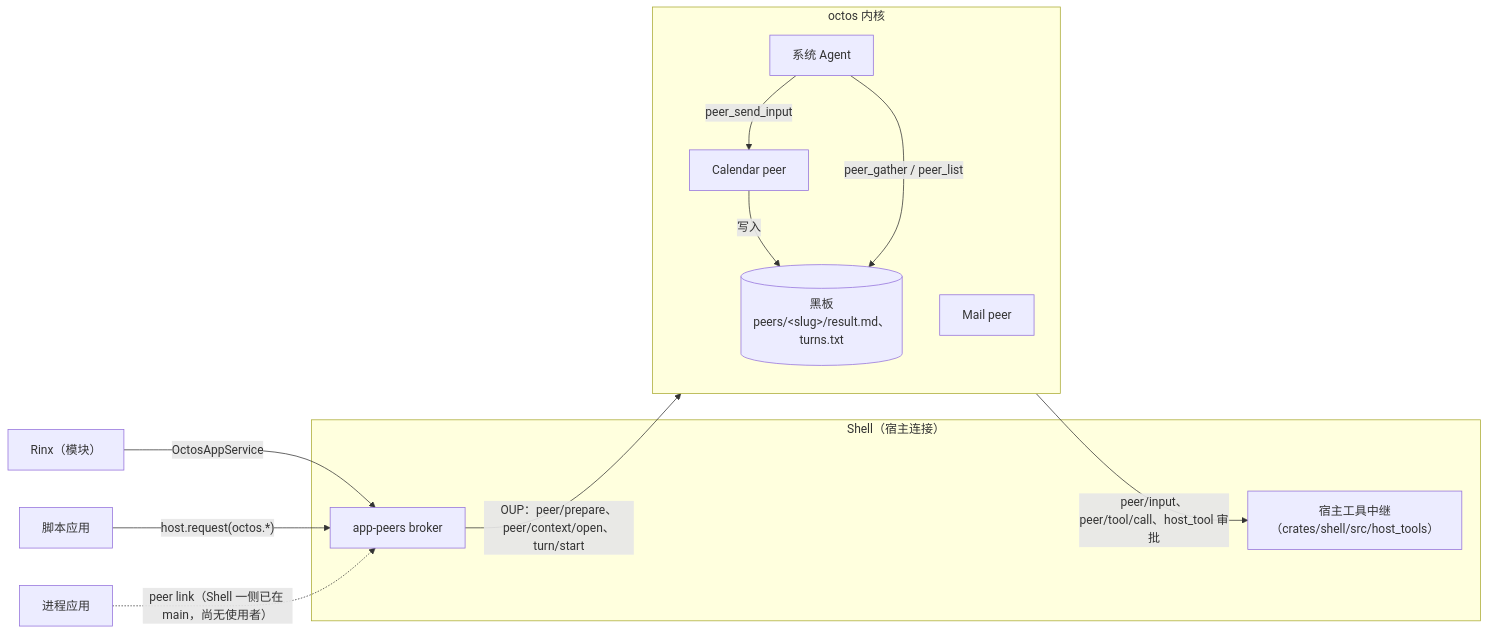
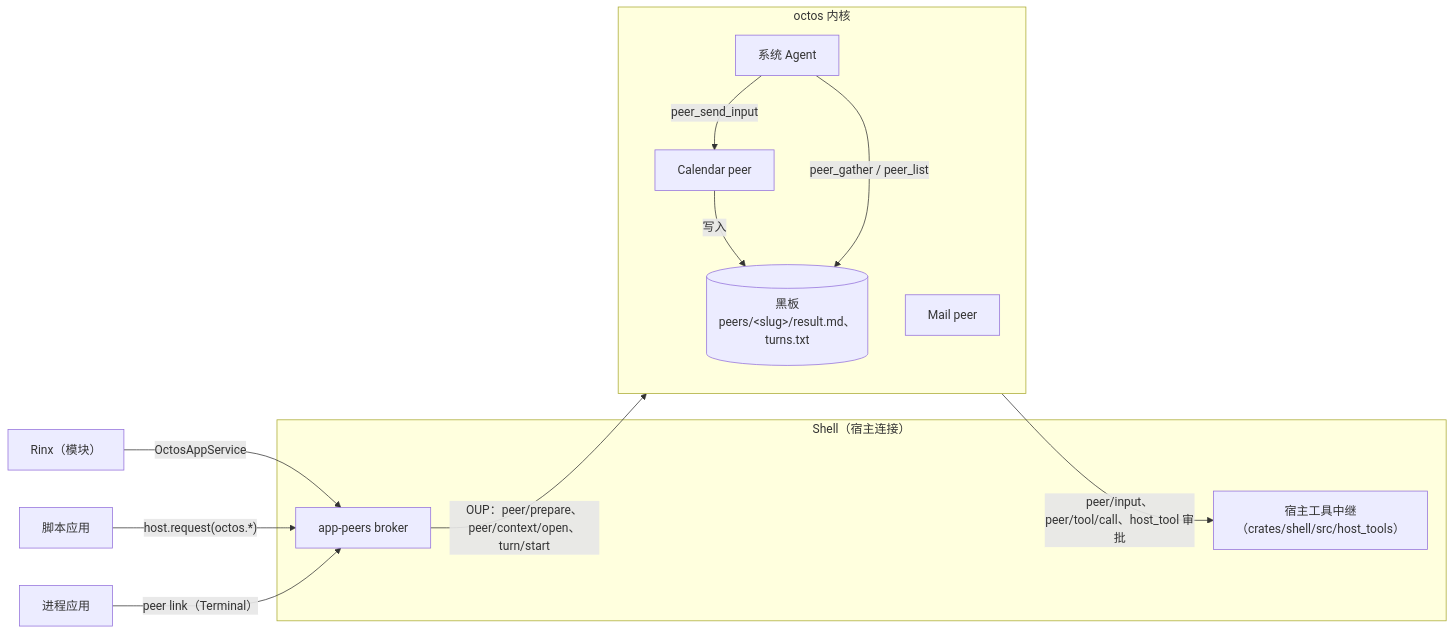
Before and after one commit to OctoSense-org/OctoSense: the third of 5 diagrams in docs/architecture.zh-CN.md, drawn with Mermaid. The commit also changed other lines of this file and 6 other files, not shown here.

````diff
--- a/docs/architecture.zh-CN.md
+++ b/docs/architecture.zh-CN.md
@@ -200,21 +201,21 @@
 ```mermaid
 flowchart LR
   subgraph shell["Shell（宿主连接）"]
     broker["app-peers broker"]
     relay["宿主工具中继<br/>（crates/shell/src/host_tools）"]
   end
   subgraph kernel["octos 内核"]
     sys["系统 Agent"]
     p1["Calendar peer"]
     p2["Mail peer"]
     bb[("黑板<br/>peers/&lt;slug&gt;/result.md、turns.txt")]
   end
   rinx["Rinx（模块）"] -- "OctosAppService" --> broker
   card["脚本应用"] -- "host.request(octos.*)" --> broker
-  proc["进程应用"] -. "peer link（Shell 一侧已在 main，尚无使用者）" .-> broker
+  proc["进程应用"] -- "peer link（Terminal）" --> broker
   broker -- "OUP：peer/prepare、peer/context/open、turn/start" --> kernel
   sys -- "peer_send_input" --> p1
   p1 -- "写入" --> bb
   sys -- "peer_gather / peer_list" --> bb
   kernel -- "peer/input、peer/tool/call、host_tool 审批" --> relay
 ```
````
